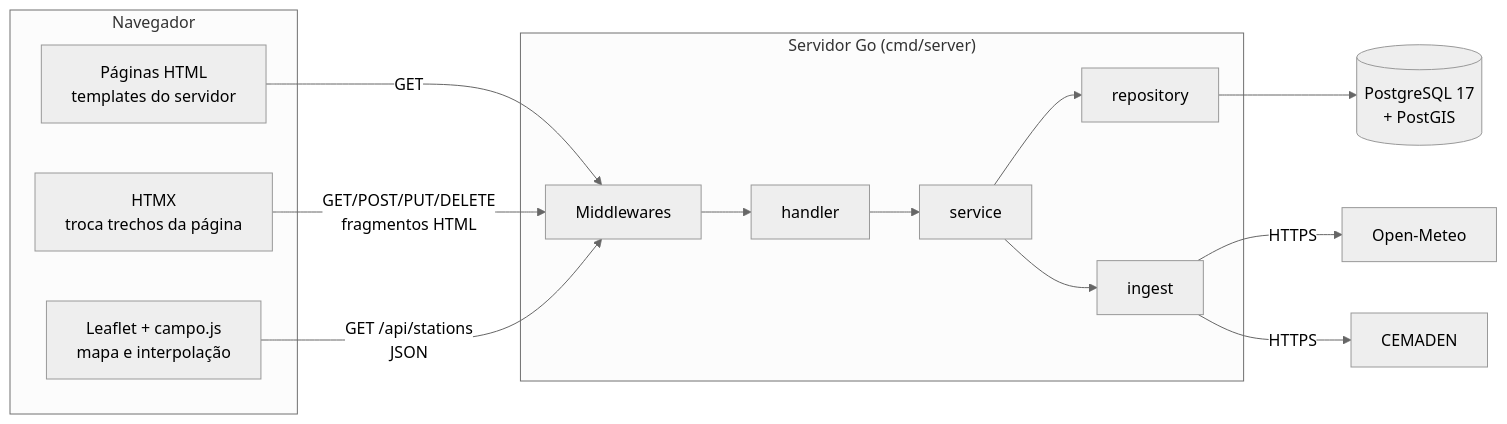
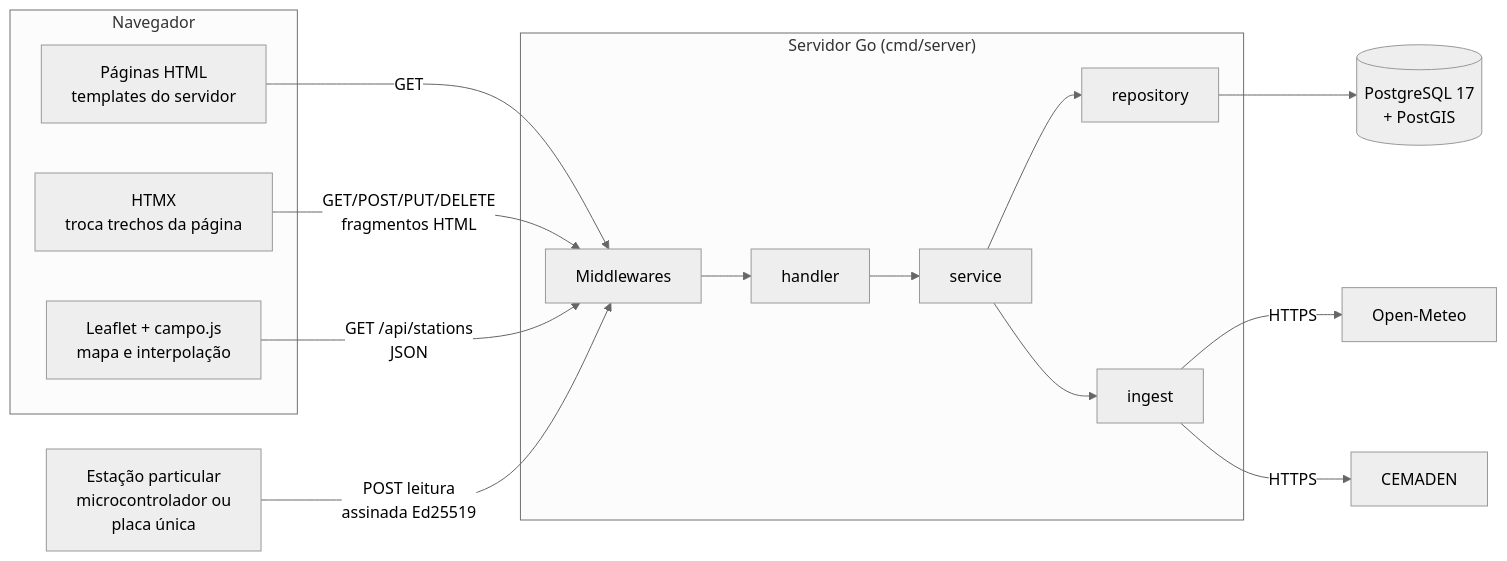
The first of 8 diagrams in docs/arquitetura.md (PMPRR/SCOM---Trabalho-2), drawn with Mermaid (neutral theme) before and after one commit. The commit also changed other lines of this file and 3 other files, not shown here.

````diff
--- a/docs/arquitetura.md
+++ b/docs/arquitetura.md
@@ -14,26 +16,28 @@
 ```mermaid
 flowchart LR
     subgraph Navegador
         P[Páginas HTML<br/>templates do servidor]
         H[HTMX<br/>troca trechos da página]
         L[Leaflet + campo.js<br/>mapa e interpolação]
     end
     subgraph "Servidor Go (cmd/server)"
         M[Middlewares]
         HD[handler]
         S[service]
         R[repository]
         I[ingest]
     end
     DB[(PostgreSQL 17<br/>+ PostGIS)]
     OM[Open-Meteo]
     CE[CEMADEN]
+    EP[Estação particular<br/>microcontrolador ou<br/>placa única]
 
     P -- GET --> M
     H -- GET/POST/PUT/DELETE<br/>fragmentos HTML --> M
     L -- GET /api/stations<br/>JSON --> M
     M --> HD --> S --> R --> DB
     S --> I
     I -- HTTPS --> OM
     I -- HTTPS --> CE
+    EP -- POST leitura<br/>assinada Ed25519 --> M
 ```
````
